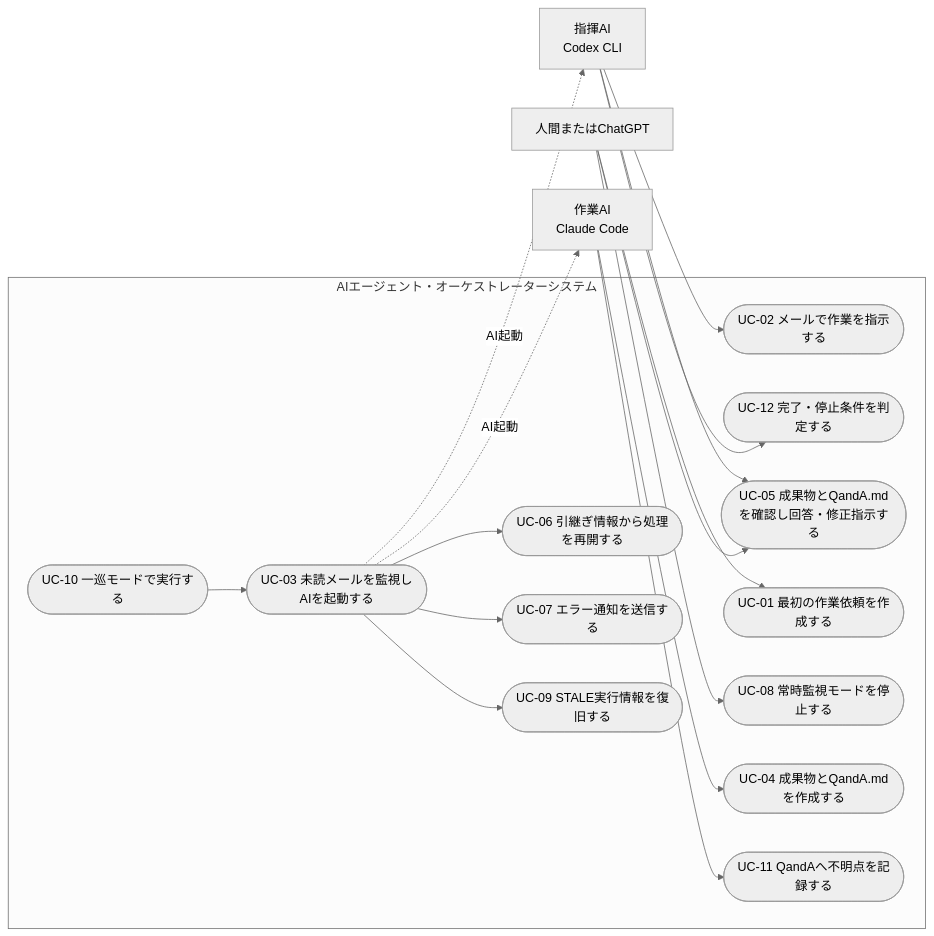
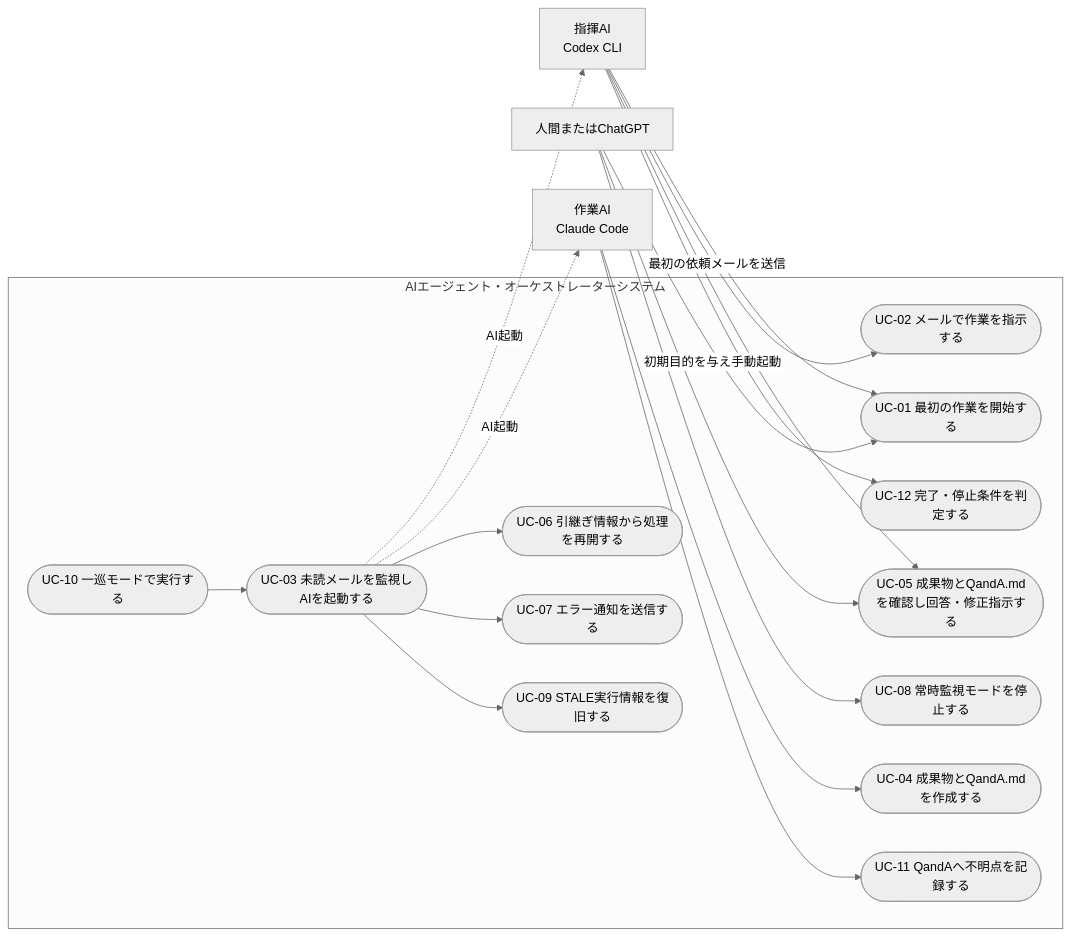
Before and after one commit to garyohosu/ai-orchestrator: the diagram in orchestrator/USECASE.md, drawn with Mermaid (neutral theme). The commit also changed other lines of this file and 6 other files, not shown here.

````diff
--- a/orchestrator/USECASE.md
+++ b/orchestrator/USECASE.md
@@ -7,37 +7,38 @@
 ```mermaid
 flowchart LR
     human[人間またはChatGPT]
     commander[指揮AI<br/>Codex CLI]
     worker[作業AI<br/>Claude Code]
 
     subgraph system[AIエージェント・オーケストレーターシステム]
-        uc01([UC-01 最初の作業依頼を作成する])
+        uc01([UC-01 最初の作業を開始する])
         uc02([UC-02 メールで作業を指示する])
         uc03([UC-03 未読メールを監視しAIを起動する])
         uc04([UC-04 成果物とQandA.mdを作成する])
         uc05([UC-05 成果物とQandA.mdを確認し回答・修正指示する])
         uc06([UC-06 引継ぎ情報から処理を再開する])
         uc07([UC-07 エラー通知を送信する])
         uc08([UC-08 常時監視モードを停止する])
         uc09([UC-09 STALE実行情報を復旧する])
         uc10([UC-10 一巡モードで実行する])
         uc11([UC-11 QandAへ不明点を記録する])
         uc12([UC-12 完了・停止条件を判定する])
     end
 
-    human --> uc01
+    human -->|初期目的を与え手動起動| uc01
     human --> uc05
     human --> uc08
+    commander -->|最初の依頼メールを送信| uc01
     commander --> uc02
     commander --> uc05
     commander --> uc12
     worker --> uc04
     worker --> uc11
 
     uc03 -.->|AI起動| commander
     uc03 -.->|AI起動| worker
     uc03 --> uc06
     uc03 --> uc07
     uc03 --> uc09
     uc10 --> uc03
 ```
````
